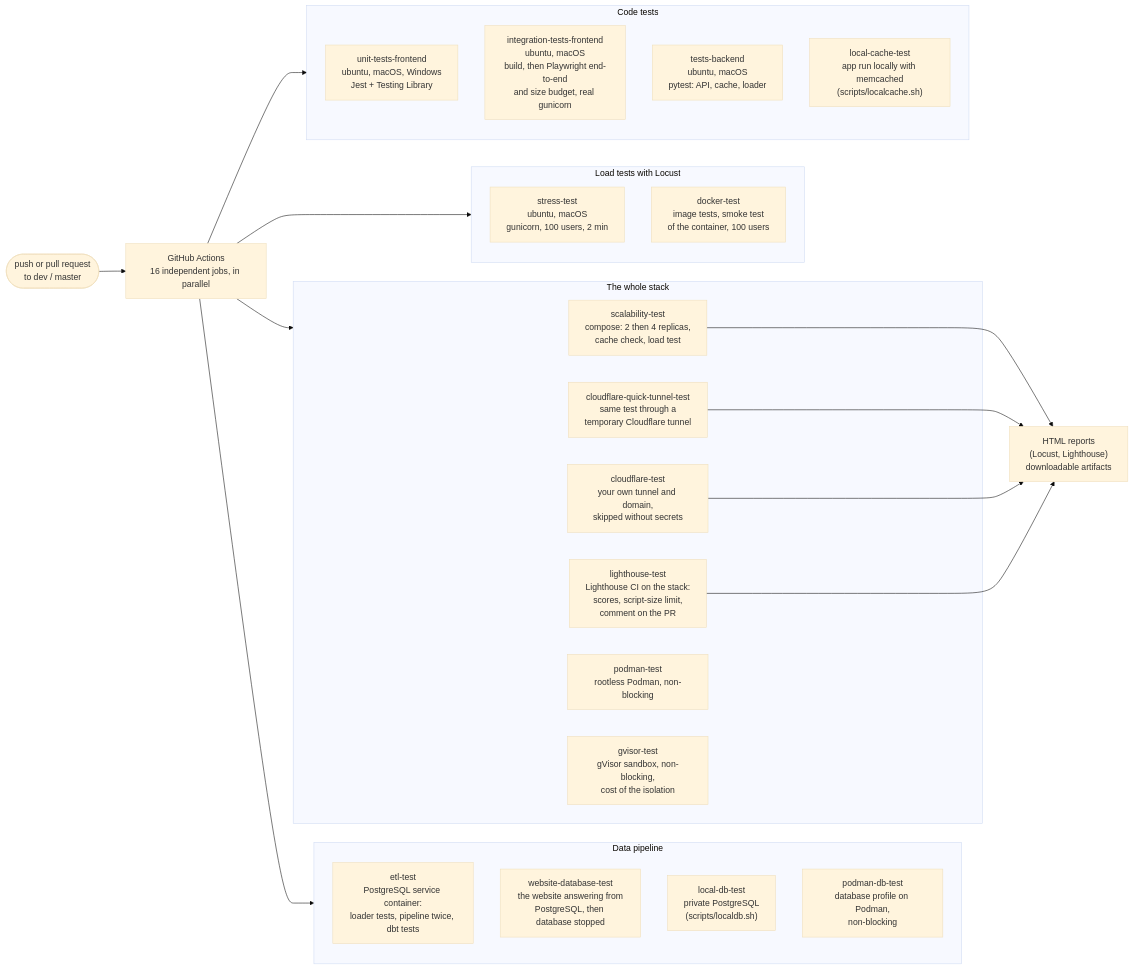
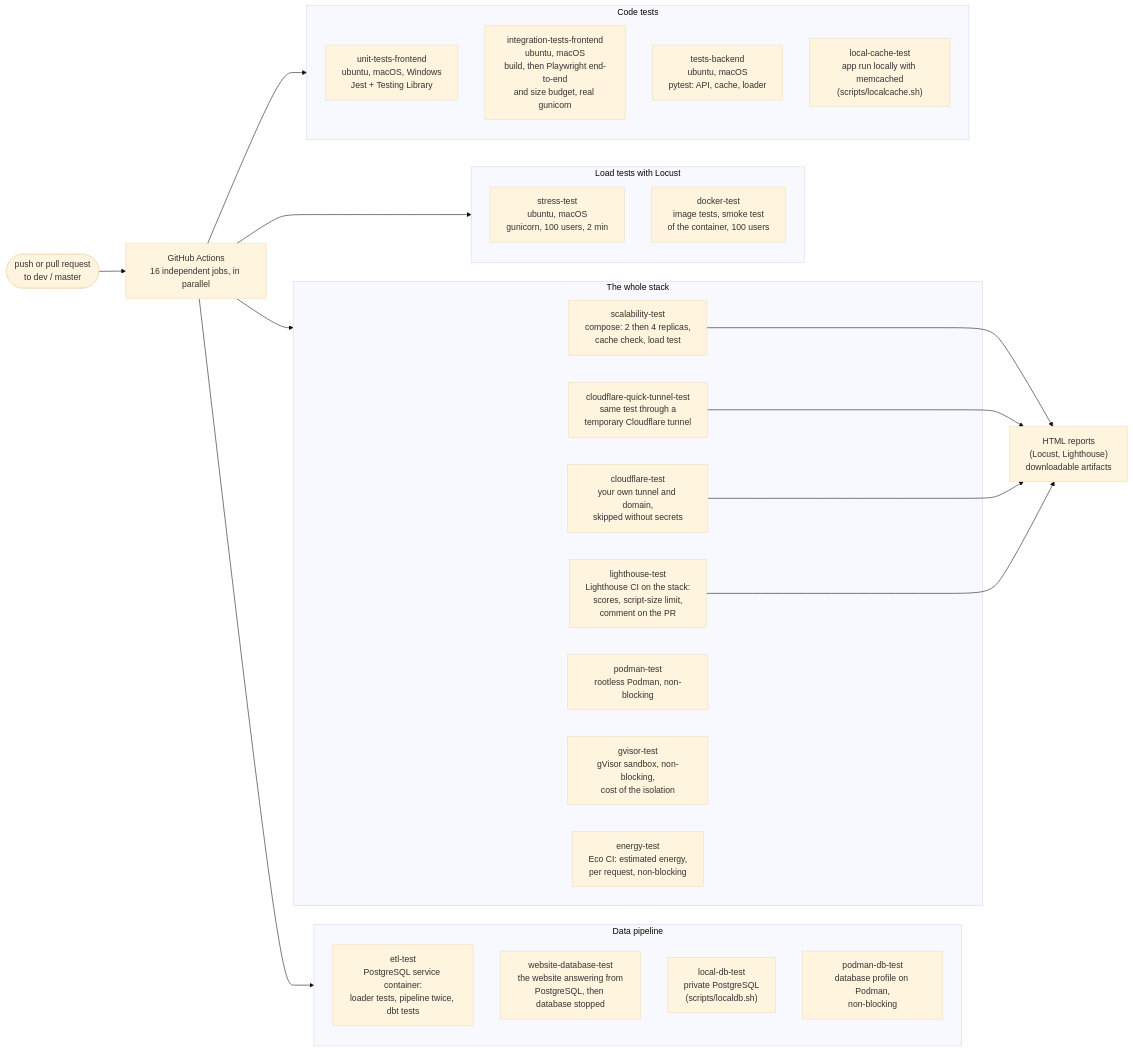
One commit to ybouilla/hiparis_project changed the first of 2 diagrams in CI_CD.md. Above: the diagram before and after it, drawn with Mermaid (base theme). The commit also changed other lines of this file and 3 other files, not shown here.

````diff
--- a/CI_CD.md
+++ b/CI_CD.md
@@ -7,41 +7,42 @@
 ```mermaid
 flowchart LR
     trigger(["push or pull request<br/>to dev / master"]) --> gha["GitHub Actions<br/>16 independent jobs, in parallel"]
 
     subgraph data["Data pipeline"]
         et["etl-test<br/>PostgreSQL service container:<br/>loader tests, pipeline twice, dbt tests"]
         wd["website-database-test<br/>the website answering from<br/>PostgreSQL, then database stopped"]
         lt["local-db-test<br/>private PostgreSQL<br/>(scripts/localdb.sh)"]
         pdt["podman-db-test<br/>database profile on Podman,<br/>non-blocking"]
     end
 
     subgraph deploy["The whole stack"]
         sc["scalability-test<br/>compose: 2 then 4 replicas,<br/>cache check, load test"]
         qt["cloudflare-quick-tunnel-test<br/>same test through a<br/>temporary Cloudflare tunnel"]
         lh["lighthouse-test<br/>Lighthouse CI on the stack:<br/>scores, script-size limit,<br/>comment on the PR"]
         ct["cloudflare-test<br/>your own tunnel and domain,<br/>skipped without secrets"]
         pt["podman-test<br/>rootless Podman, non-blocking"]
         gv["gvisor-test<br/>gVisor sandbox, non-blocking,<br/>cost of the isolation"]
+        en["energy-test<br/>Eco CI: estimated energy,<br/>per request, non-blocking"]
     end
 
     subgraph perf["Load tests with Locust"]
         st["stress-test<br/>ubuntu, macOS<br/>gunicorn, 100 users, 2 min"]
         dt["docker-test<br/>image tests, smoke test<br/>of the container, 100 users"]
     end
 
     subgraph code["Code tests"]
         ut["unit-tests-frontend<br/>ubuntu, macOS, Windows<br/>Jest + Testing Library"]
         it["integration-tests-frontend<br/>ubuntu, macOS<br/>build, then Playwright end-to-end<br/>and size budget, real gunicorn"]
         bt["tests-backend<br/>ubuntu, macOS<br/>pytest: API, cache, loader"]
         lc["local-cache-test<br/>app run locally with memcached<br/>(scripts/localcache.sh)"]
     end
 
     gha --> data
     gha --> deploy
     gha --> perf
     gha --> code
     sc --> reports["HTML reports<br/>(Locust, Lighthouse)<br/>downloadable artifacts"]
     qt --> reports
     ct --> reports
     lh --> reports
 ```
````
